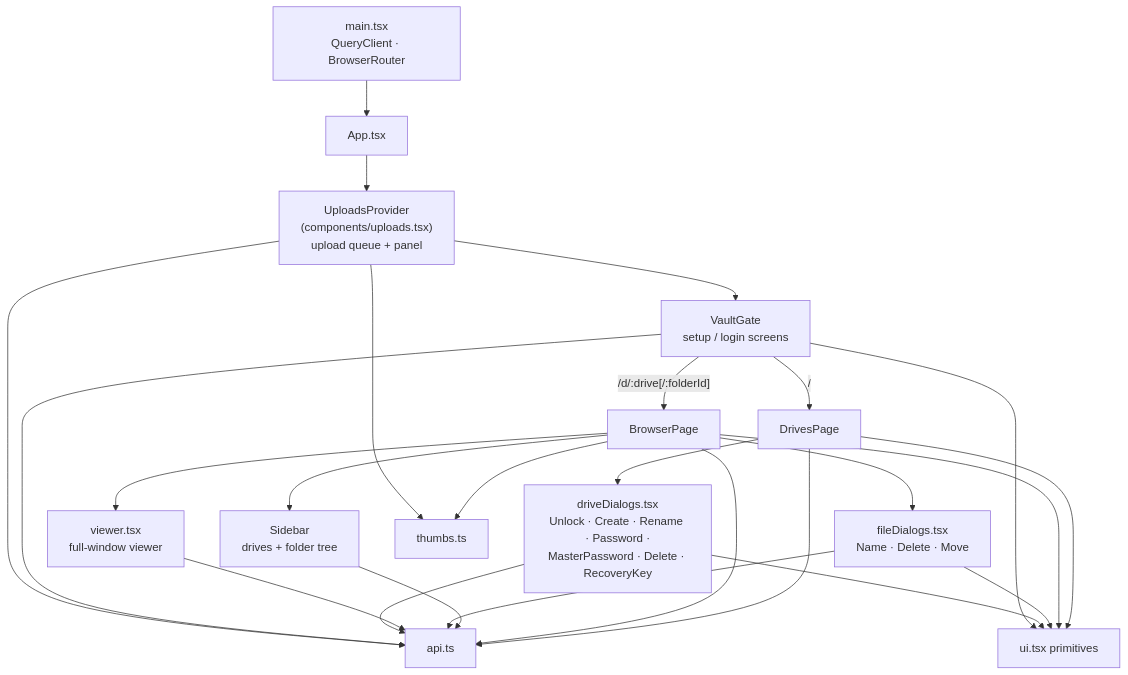
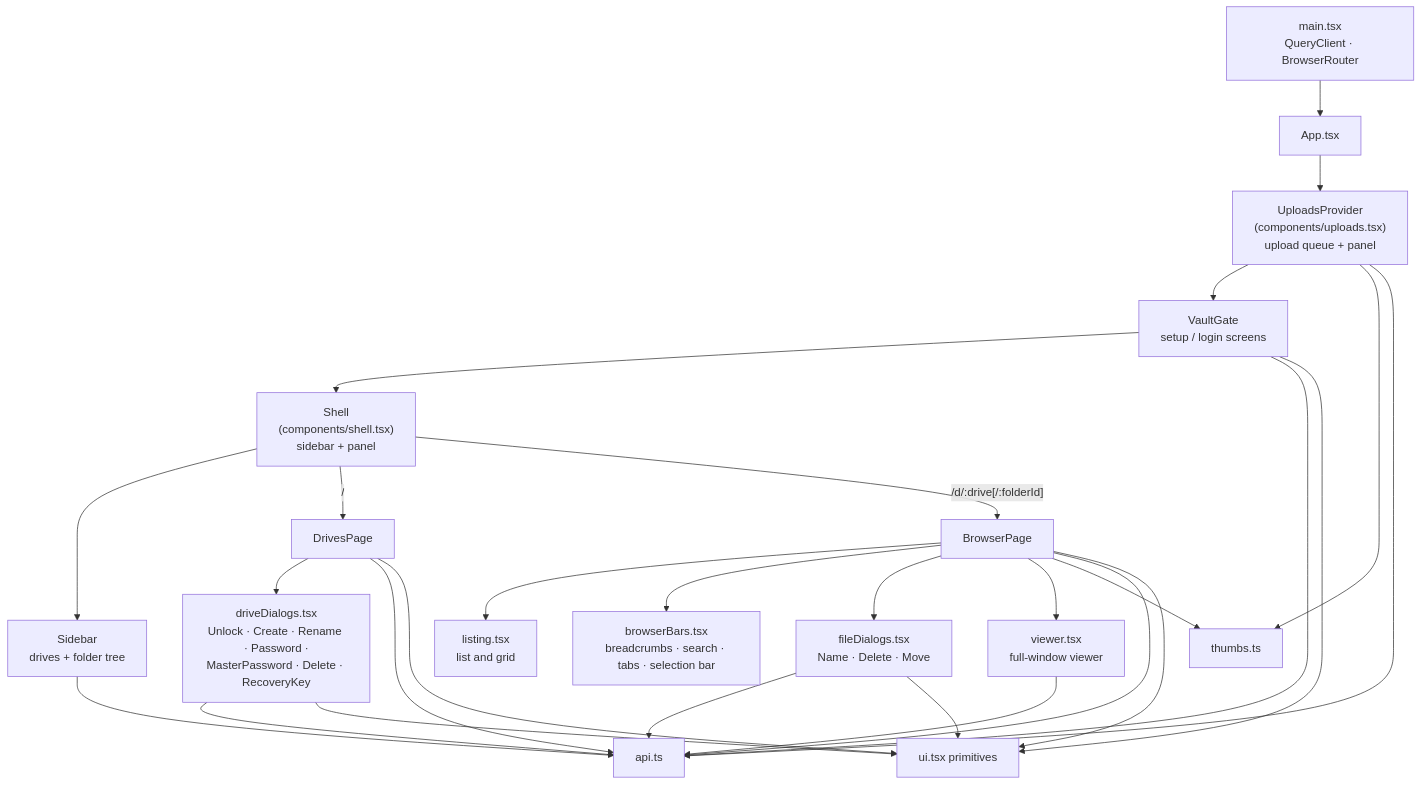
Before and after one commit to iusekarma/tgdrive: the first of 2 diagrams in docs/frontend.md, drawn with Mermaid. The commit also changed other lines of this file and 34 other files, not shown here.

First line of the commit message:
Rework the UI around a persistent sidebar, sticky bars and a floating dock

````diff
--- a/docs/frontend.md
+++ b/docs/frontend.md
@@ -20,16 +20,19 @@
 ```mermaid
 flowchart TD
     main["main.tsx<br/>QueryClient · BrowserRouter"] --> App["App.tsx"]
     App --> UP["UploadsProvider<br/>(components/uploads.tsx)<br/>upload queue + panel"]
     UP --> VG["VaultGate<br/>setup / login screens"]
-    VG -->|"/"| DP["DrivesPage"]
-    VG -->|"/d/:drive[/:folderId]"| BP["BrowserPage"]
+    VG --> SH["Shell<br/>(components/shell.tsx)<br/>sidebar + panel"]
+    SH --> SB["Sidebar<br/>drives + folder tree"]
+    SH -->|"/"| DP["DrivesPage"]
+    SH -->|"/d/:drive[/:folderId]"| BP["BrowserPage"]
     DP --> DD["driveDialogs.tsx<br/>Unlock · Create · Rename · Password ·<br/>MasterPassword · Delete · RecoveryKey"]
-    BP --> SB["Sidebar<br/>drives + folder tree"]
+    BP --> LS["listing.tsx<br/>list and grid"]
+    BP --> BB["browserBars.tsx<br/>breadcrumbs · search · tabs · selection bar"]
     BP --> FD["fileDialogs.tsx<br/>Name · Delete · Move"]
     BP --> VW["viewer.tsx<br/>full-window viewer"]
     BP --> TH["thumbs.ts"]
     UP --> TH
     DP & BP & SB & FD & VW & DD & VG & UP --> API["api.ts"]
     DP & BP & FD & DD & VG --> UI["ui.tsx primitives"]
 ```
````
